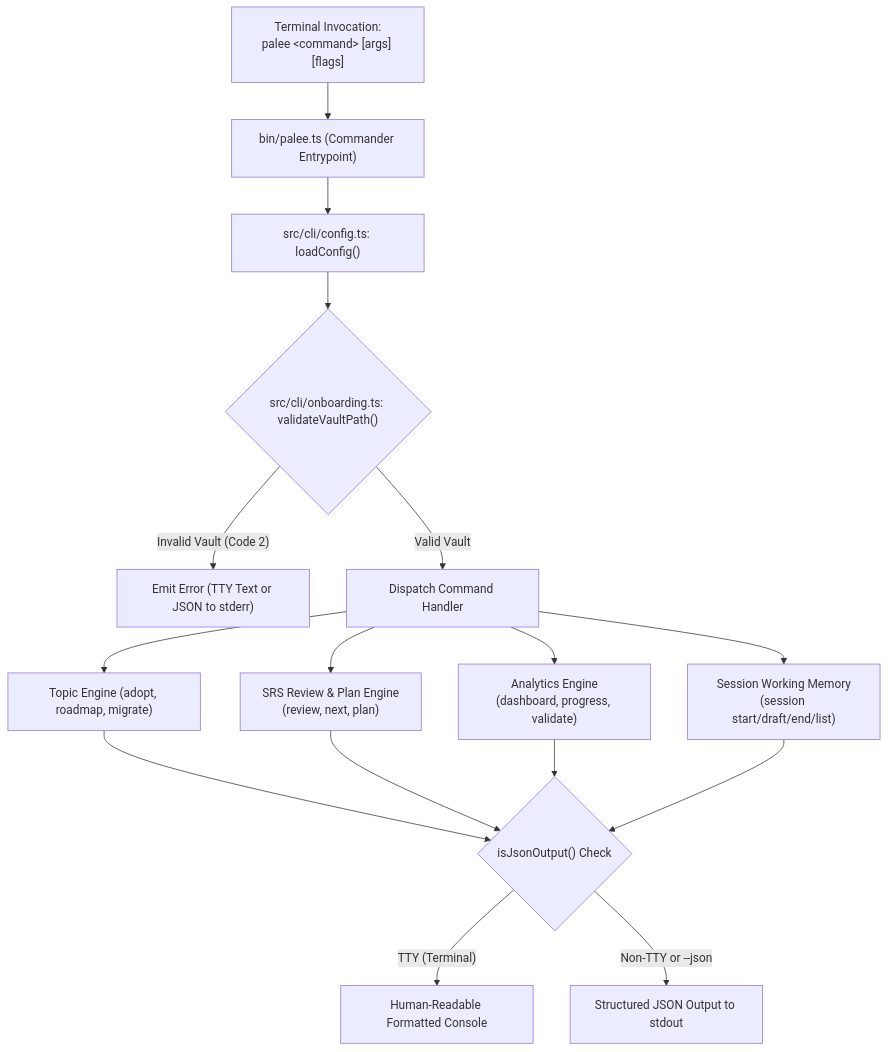
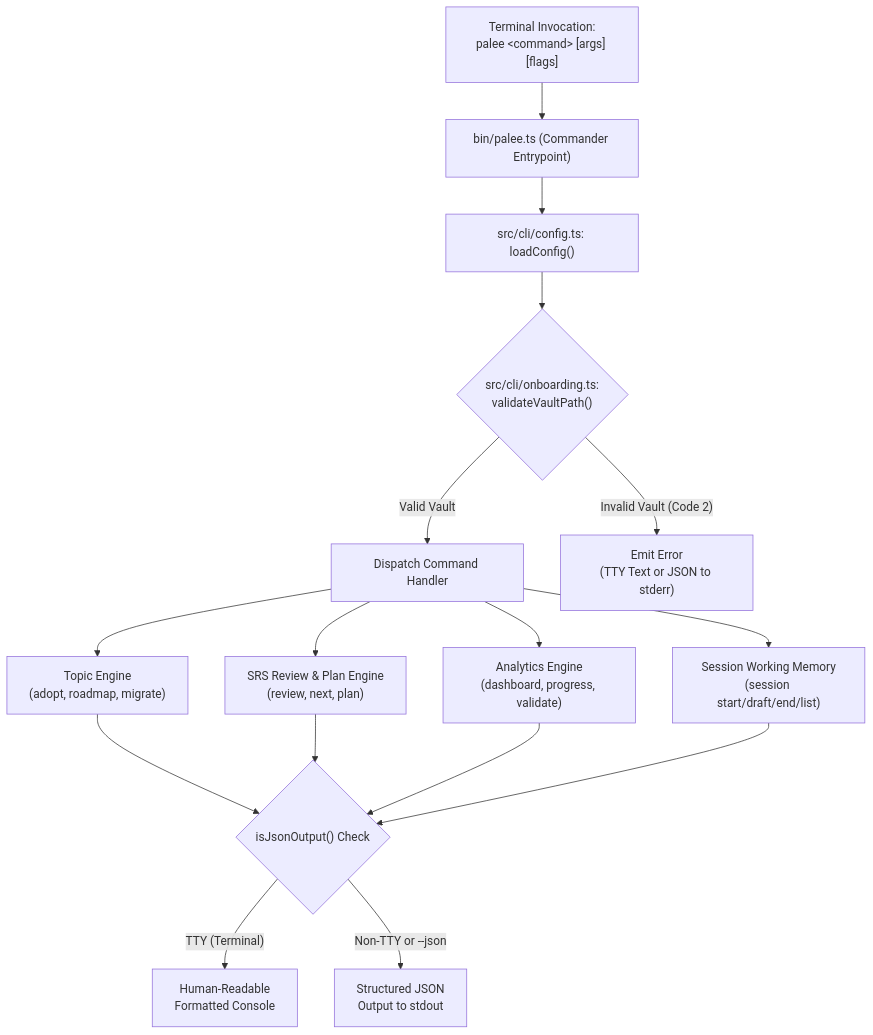
Before and after one commit to Kuldeep2822k/cli: the diagram in docs/02-0-cli-commands.md, drawn with Mermaid. The commit also changed 1 other file, not shown here.

Commit message:
fix(docs): prevent mermaid diagram clipping with safe-center and multi-line nodes

````diff
--- a/docs/02-0-cli-commands.md
+++ b/docs/02-0-cli-commands.md
@@ -40,18 +40,18 @@
 ```mermaid
 flowchart TD
     User["Terminal Invocation:<br/>palee &lt;command&gt; [args] [flags]"] --> Entry["bin/palee.ts (Commander Entrypoint)"]
     Entry --> LoadCfg["src/cli/config.ts: loadConfig()"]
-    LoadCfg --> ValidVault{"src/cli/onboarding.ts: validateVaultPath()"}
+    LoadCfg --> ValidVault{"src/cli/onboarding.ts:<br/>validateVaultPath()"}
     
-    ValidVault -->|"Invalid Vault (Code 2)"| ErrVault["Emit Error (TTY Text or JSON to stderr)"]
     ValidVault -->|"Valid Vault"| Dispatcher["Dispatch Command Handler"]
+    ValidVault -->|"Invalid Vault (Code 2)"| ErrVault["Emit Error<br/>(TTY Text or JSON to stderr)"]
     
-    Dispatcher --> TopEng["Topic Engine (adopt, roadmap, migrate)"]
+    Dispatcher --> TopEng["Topic Engine<br/>(adopt, roadmap, migrate)"]
     Dispatcher --> SrsEng["SRS Review & Plan Engine<br/>(review, next, plan)"]
     Dispatcher --> RepEng["Analytics Engine<br/>(dashboard, progress, validate)"]
     Dispatcher --> SessEng["Session Working Memory<br/>(session start/draft/end/list)"]
     
     TopEng & SrsEng & RepEng & SessEng --> OutCheck{"isJsonOutput() Check"}
-    OutCheck -->|"TTY (Terminal)"| TTYOut["Human-Readable Formatted Console"]
-    OutCheck -->|"Non-TTY or --json"| JsonOut["Structured JSON Output to stdout"]
+    OutCheck -->|"TTY (Terminal)"| TTYOut["Human-Readable<br/>Formatted Console"]
+    OutCheck -->|"Non-TTY or --json"| JsonOut["Structured JSON<br/>Output to stdout"]
 ```
````
